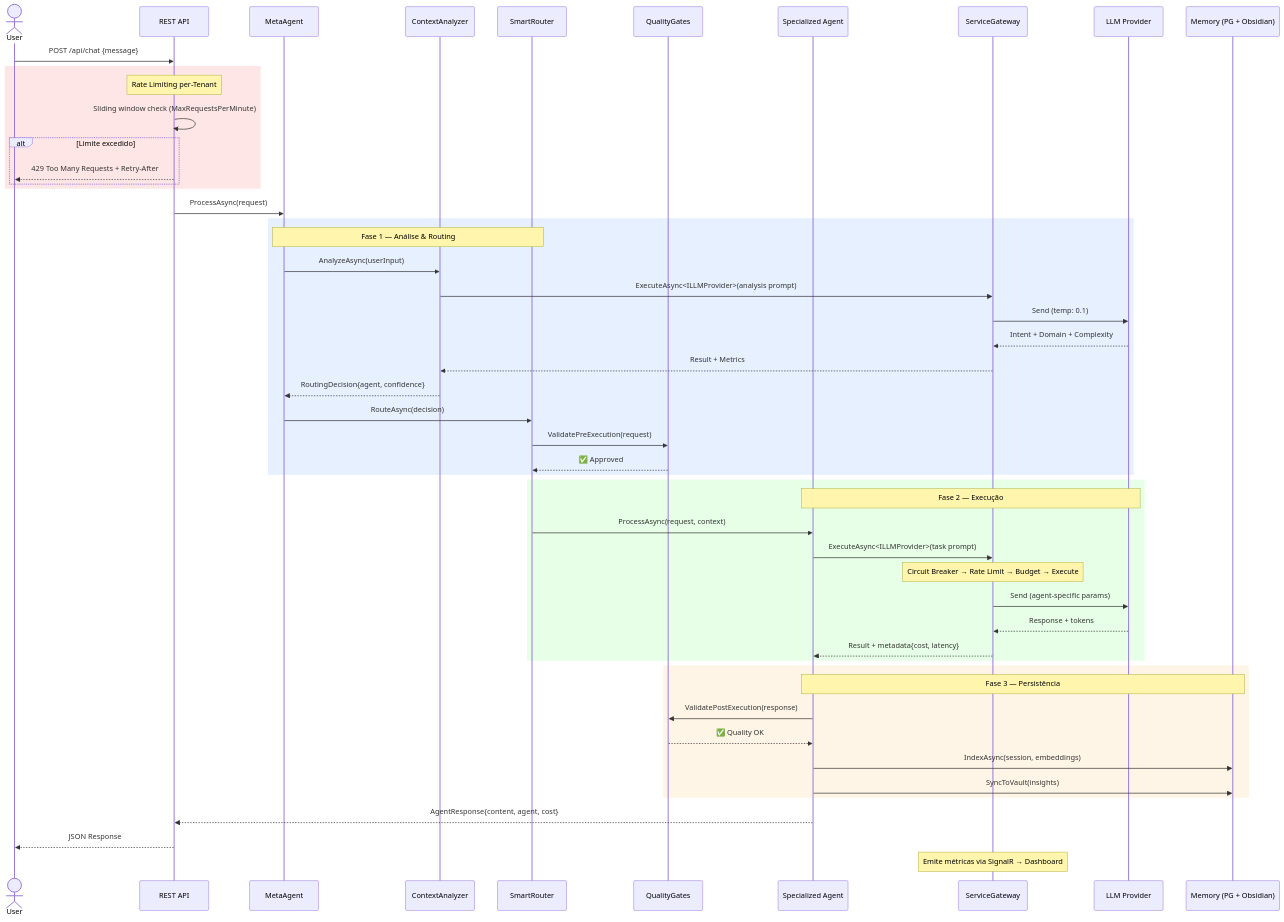
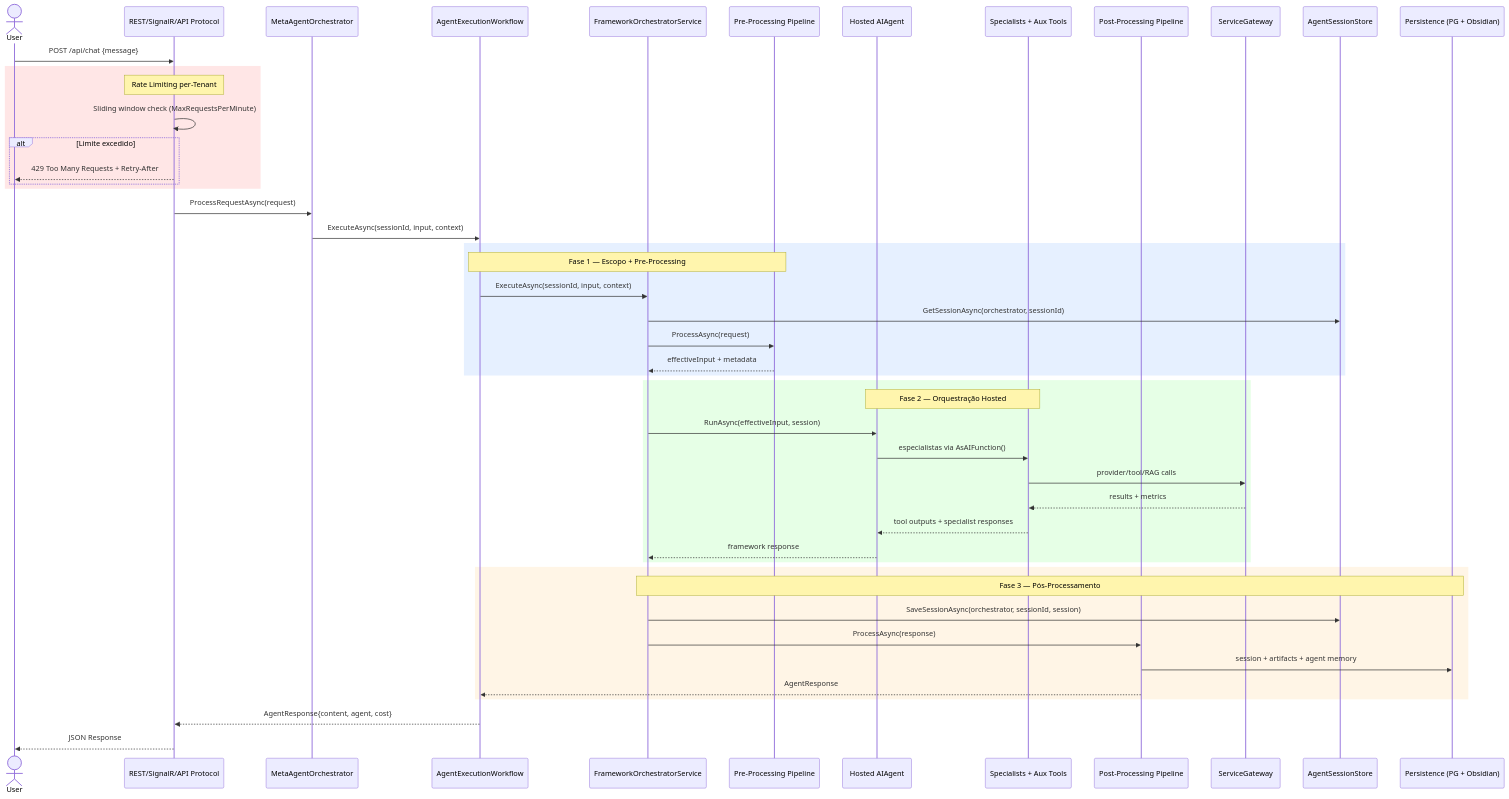
One commit to JonathanBenicio/Agent-System changed the second of 9 diagrams in docs/architecture/diagrams.md. Above: the diagram before and after it, drawn with Mermaid. The commit also changed other lines of this file and 81 other files, not shown here.

````diff
--- a/docs/architecture/diagrams.md
+++ b/docs/architecture/diagrams.md
@@ -117,61 +97,57 @@
 ```mermaid
 sequenceDiagram
     actor User
-    participant API as REST API
-    participant Meta as MetaAgent
-    participant Ctx as ContextAnalyzer
-    participant Router as SmartRouter
-    participant QG as QualityGates
-    participant Agent as Specialized Agent
+    participant API as REST/SignalR/API Protocol
+    participant Meta as MetaAgentOrchestrator
+    participant WF as AgentExecutionWorkflow
+    participant Orch as FrameworkOrchestratorService
+    participant Pre as Pre-Processing Pipeline
+    participant Hosted as Hosted AIAgent
+    participant Tools as Specialists + Aux Tools
+    participant Post as Post-Processing Pipeline
     participant GW as ServiceGateway
-    participant LLM as LLM Provider
-    participant Mem as Memory (PG + Obsidian)
+    participant Sess as AgentSessionStore
+    participant Mem as Persistence (PG + Obsidian)
 
     User->>API: POST /api/chat {message}
 
     rect rgb(255, 230, 230)
         Note over API: Rate Limiting per-Tenant
         API->>API: Sliding window check (MaxRequestsPerMinute)
         alt Limite excedido
             API-->>User: 429 Too Many Requests + Retry-After
         end
     end
 
-    API->>Meta: ProcessAsync(request)
+    API->>Meta: ProcessRequestAsync(request)
+    Meta->>WF: ExecuteAsync(sessionId, input, context)
 
     rect rgb(230, 240, 255)
-        Note over Meta,Router: Fase 1 — Análise & Routing
-        Meta->>Ctx: AnalyzeAsync(userInput)
-        Ctx->>GW: ExecuteAsync<ILLMProvider>(analysis prompt)
-        GW->>LLM: Send (temp: 0.1)
-        LLM-->>GW: Intent + Domain + Complexity
-        GW-->>Ctx: Result + Metrics
-        Ctx-->>Meta: RoutingDecision{agent, confidence}
-        Meta->>Router: RouteAsync(decision)
-        Router->>QG: ValidatePreExecution(request)
-        QG-->>Router: ✅ Approved
+        Note over WF,Pre: Fase 1 — Escopo + Pre-Processing
+        WF->>Orch: ExecuteAsync(sessionId, input, context)
+        Orch->>Sess: GetSessionAsync(orchestrator, sessionId)
+        Orch->>Pre: ProcessAsync(request)
+        Pre-->>Orch: effectiveInput + metadata
     end
 
     rect rgb(230, 255, 230)
-        Note over Agent,LLM: Fase 2 — Execução
-        Router->>Agent: ProcessAsync(request, context)
-        Agent->>GW: ExecuteAsync<ILLMProvider>(task prompt)
-        Note over GW: Circuit Breaker → Rate Limit → Budget → Execute
-        GW->>LLM: Send (agent-specific params)
-        LLM-->>GW: Response + tokens
-        GW-->>Agent: Result + metadata{cost, latency}
+        Note over Hosted,Tools: Fase 2 — Orquestração Hosted
+        Orch->>Hosted: RunAsync(effectiveInput, session)
+        Hosted->>Tools: especialistas via AsAIFunction()
+        Tools->>GW: provider/tool/RAG calls
+        GW-->>Tools: results + metrics
+        Tools-->>Hosted: tool outputs + specialist responses
+        Hosted-->>Orch: framework response
     end
 
     rect rgb(255, 245, 230)
-        Note over Agent,Mem: Fase 3 — Persistência
-        Agent->>QG: ValidatePostExecution(response)
-        QG-->>Agent: ✅ Quality OK
-        Agent->>Mem: IndexAsync(session, embeddings)
-        Agent->>Mem: SyncToVault(insights)
+        Note over Orch,Mem: Fase 3 — Pós-Processamento
+        Orch->>Sess: SaveSessionAsync(orchestrator, sessionId, session)
+        Orch->>Post: ProcessAsync(response)
+        Post->>Mem: session + artifacts + agent memory
+        Post-->>WF: AgentResponse
     end
 
-    Agent-->>API: AgentResponse{content, agent, cost}
+    WF-->>API: AgentResponse{content, agent, cost}
     API-->>User: JSON Response
-
-    Note over GW: Emite métricas via SignalR → Dashboard
 ```
````
